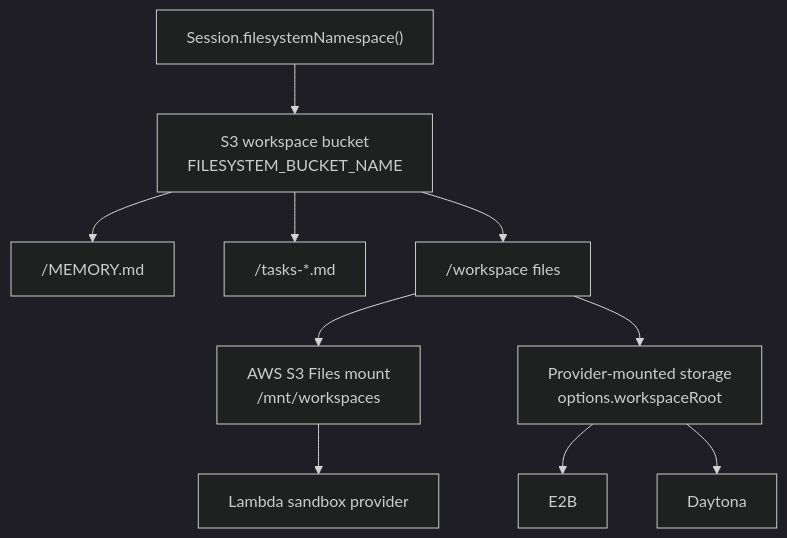
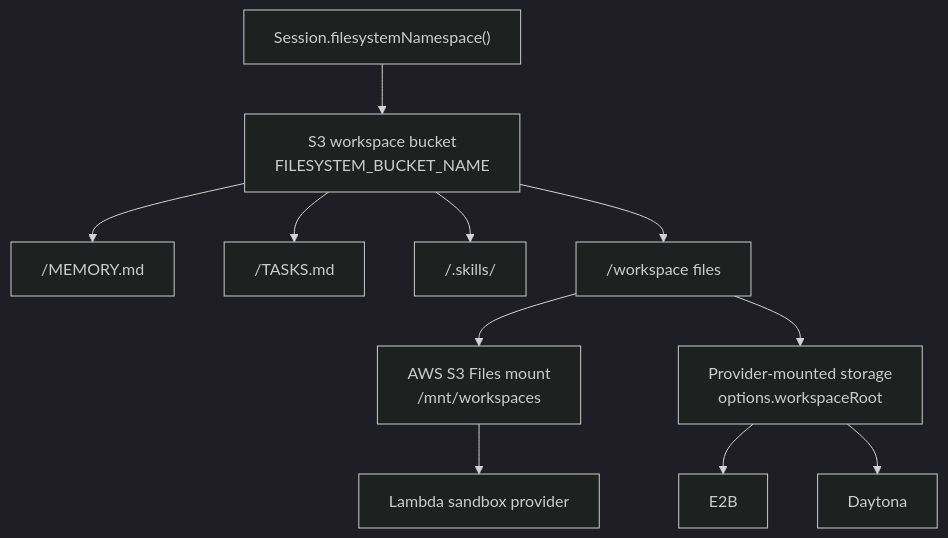
The diagram in docs/workspace/storage.md (beeblastco/broods), drawn with Mermaid (dark theme) before and after one commit. The commit also changed other lines of this file and 41 other files, not shown here.

First line of the commit message:
feat: stage skills into sandbox with publish-back, drop memory/tasks tools

````diff
--- a/docs/workspace/storage.md
+++ b/docs/workspace/storage.md
@@ -14,12 +14,13 @@
 ```mermaid
 flowchart TD
   Namespace["Session.filesystemNamespace()"] --> S3["S3 workspace bucket<br/>FILESYSTEM_BUCKET_NAME"]
   S3 --> Memory["<namespace>/MEMORY.md"]
-  S3 --> Tasks["<namespace>/tasks-*.md"]
+  S3 --> Tasks["<namespace>/TASKS.md"]
+  S3 --> Skills["<namespace>/.skills/<skill-name>"]
   S3 --> Files["<namespace>/workspace files"]
   Files --> S3Files["AWS S3 Files mount<br/>/mnt/workspaces"]
   S3Files --> Lambda["Lambda sandbox provider"]
   Files --> ExternalMount["Provider-mounted storage<br/>options.workspaceRoot"]
   ExternalMount --> E2B["E2B"]
   ExternalMount --> Daytona["Daytona"]
 ```
````
